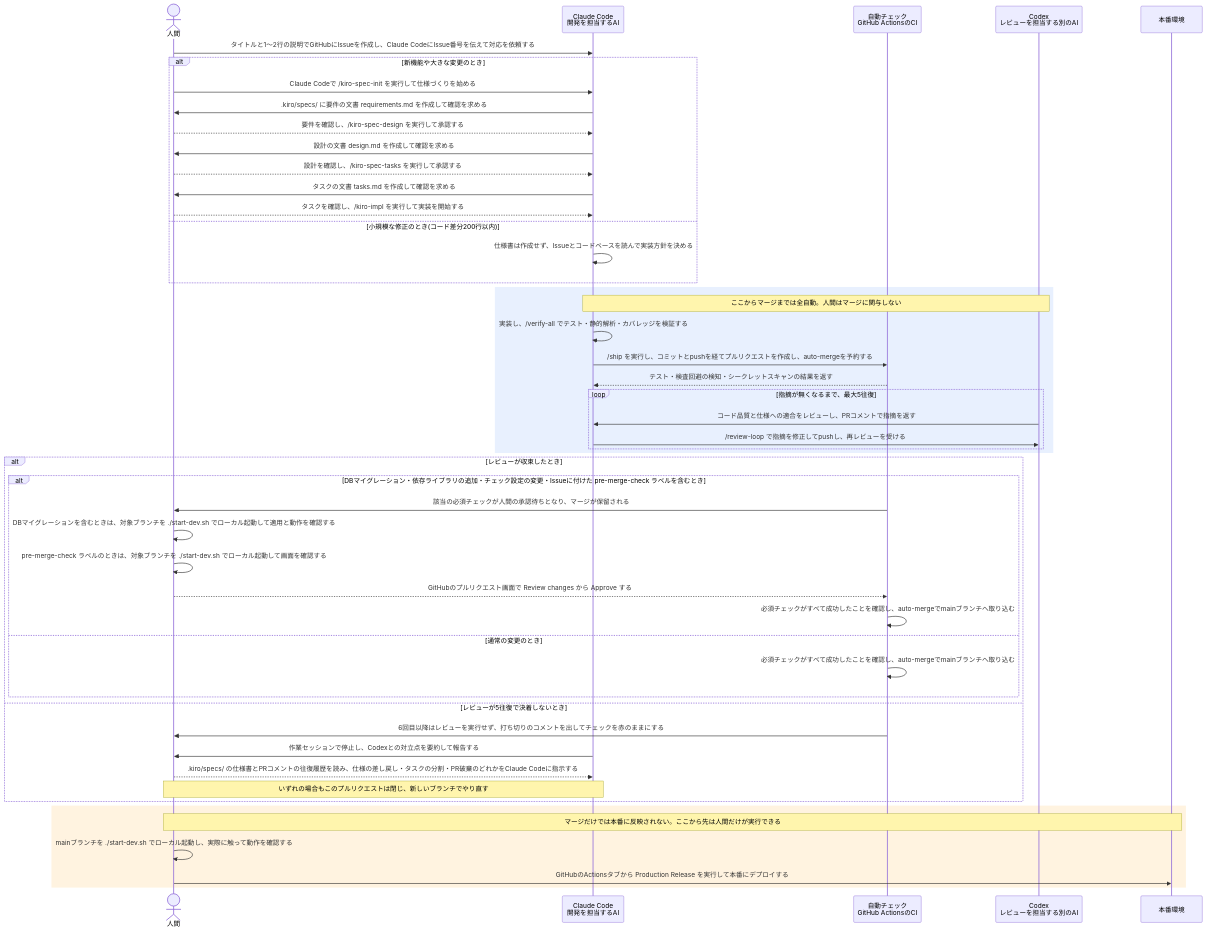
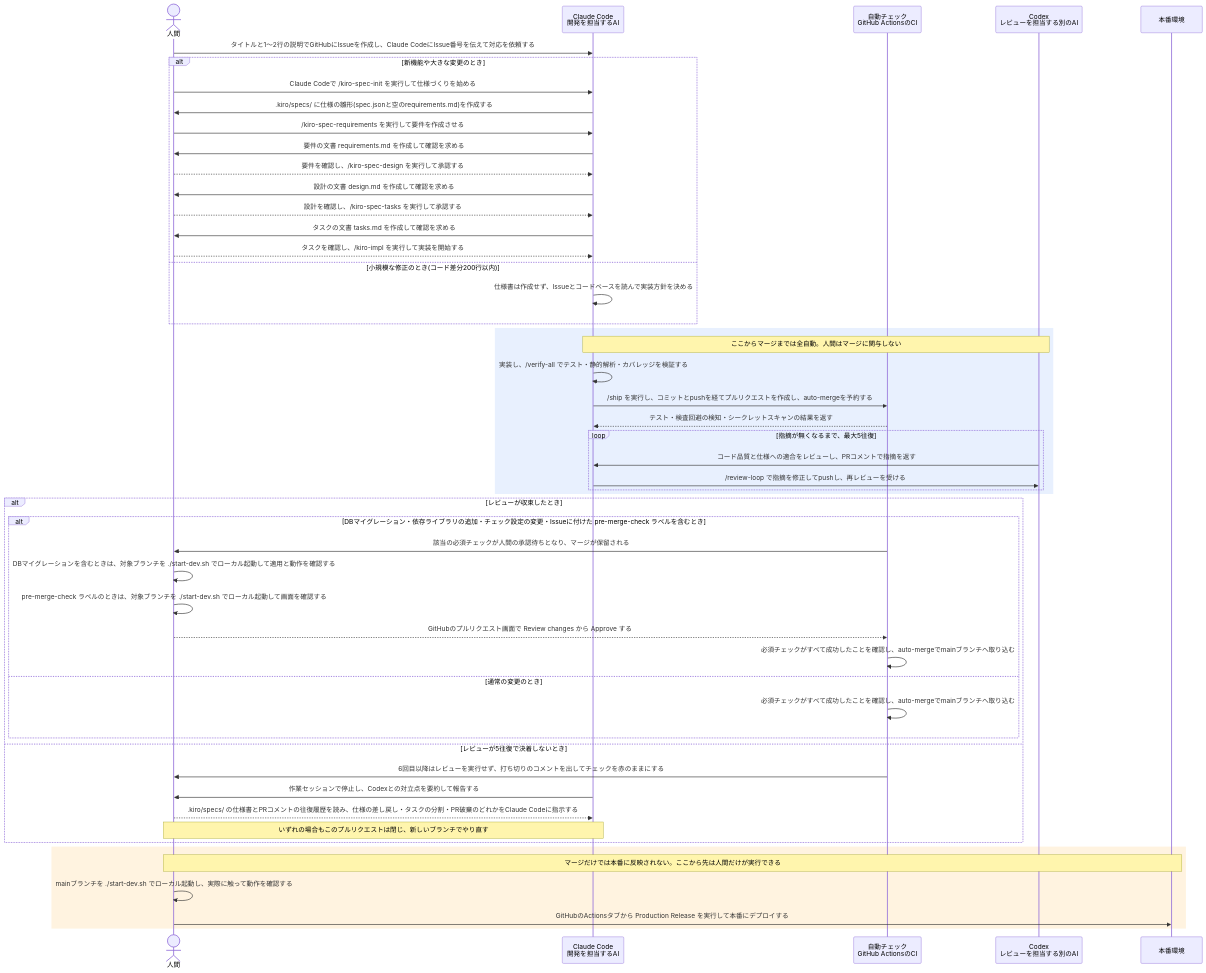
One commit to DogisRiki/KeirekiPro changed the second of 2 diagrams in README.md. Above: the diagram before and after it, drawn with Mermaid.

Commit message:
docs: READMEのシーケンス図に/kiro-spec-requirementsの工程を追加 (#188)
Changes:
spec駆動開発のシーケンス図で、/kiro-spec-init の直後に要件の文書が作成される
としていた箇所を、雛形の作成と /kiro-spec-requirements による要件作成の
2工程に分けた。

Reason:
実際の /kiro-spec-init は spec.json と空の requirements.md を作るだけで、
要件の生成は /kiro-spec-requirements の役割のため。図の手順のままでは
/kiro-spec-design が要件未承認で停止し、実行できない。

BREAKING CHANGE: N/A
Related: N/A
Refs: #187

````diff
--- a/README.md
+++ b/README.md
@@ -289,56 +289,58 @@
 ```mermaid
 sequenceDiagram
     actor Human as 人間
     participant Claude as Claude Code<br/>開発を担当するAI
     participant CI as 自動チェック<br/>GitHub ActionsのCI
     participant Codex as Codex<br/>レビューを担当する別のAI
     participant Prod as 本番環境
 
     Human->>Claude: タイトルと1〜2行の説明でGitHubにIssueを作成し、Claude CodeにIssue番号を伝えて対応を依頼する
 
     alt 新機能や大きな変更のとき
         Human->>Claude: Claude Codeで /kiro-spec-init を実行して仕様づくりを始める
-        Claude->>Human: .kiro/specs/ に要件の文書 requirements.md を作成して確認を求める
+        Claude->>Human: .kiro/specs/ に仕様の雛形(spec.jsonと空のrequirements.md)を作成する
+        Human->>Claude: /kiro-spec-requirements を実行して要件を作成させる
+        Claude->>Human: 要件の文書 requirements.md を作成して確認を求める
         Human-->>Claude: 要件を確認し、/kiro-spec-design を実行して承認する
         Claude->>Human: 設計の文書 design.md を作成して確認を求める
         Human-->>Claude: 設計を確認し、/kiro-spec-tasks を実行して承認する
         Claude->>Human: タスクの文書 tasks.md を作成して確認を求める
         Human-->>Claude: タスクを確認し、/kiro-impl を実行して実装を開始する
     else 小規模な修正のとき(コード差分200行以内)
         Claude->>Claude: 仕様書は作成せず、Issueとコードベースを読んで実装方針を決める
     end
 
     rect rgb(232, 240, 254)
         Note over Claude,Codex: ここからマージまでは全自動。人間はマージに関与しない
         Claude->>Claude: 実装し、/verify-all でテスト・静的解析・カバレッジを検証する
         Claude->>CI: /ship を実行し、コミットとpushを経てプルリクエストを作成し、auto-mergeを予約する
         CI-->>Claude: テスト・検査回避の検知・シークレットスキャンの結果を返す
         loop 指摘が無くなるまで、最大5往復
             Codex->>Claude: コード品質と仕様への適合をレビューし、PRコメントで指摘を返す
             Claude->>Codex: /review-loop で指摘を修正してpushし、再レビューを受ける
         end
     end
 
     alt レビューが収束したとき
         alt DBマイグレーション・依存ライブラリの追加・チェック設定の変更・Issueに付けた pre-merge-check ラベルを含むとき
             CI->>Human: 該当の必須チェックが人間の承認待ちとなり、マージが保留される
             Human->>Human: DBマイグレーションを含むときは、対象ブランチを ./start-dev.sh でローカル起動して適用と動作を確認する
             Human->>Human: pre-merge-check ラベルのときは、対象ブランチを ./start-dev.sh でローカル起動して画面を確認する
             Human-->>CI: GitHubのプルリクエスト画面で Review changes から Approve する
             CI->>CI: 必須チェックがすべて成功したことを確認し、auto-mergeでmainブランチへ取り込む
         else 通常の変更のとき
             CI->>CI: 必須チェックがすべて成功したことを確認し、auto-mergeでmainブランチへ取り込む
         end
     else レビューが5往復で決着しないとき
         CI->>Human: 6回目以降はレビューを実行せず、打ち切りのコメントを出してチェックを赤のままにする
         Claude->>Human: 作業セッションで停止し、Codexとの対立点を要約して報告する
         Human-->>Claude: .kiro/specs/ の仕様書とPRコメントの往復履歴を読み、仕様の差し戻し・タスクの分割・PR破棄のどれかをClaude Codeに指示する
         Note over Claude,Human: いずれの場合もこのプルリクエストは閉じ、新しいブランチでやり直す
     end
 
     rect rgb(255, 243, 224)
         Note over Human,Prod: マージだけでは本番に反映されない。ここから先は人間だけが実行できる
         Human->>Human: mainブランチを ./start-dev.sh でローカル起動し、実際に触って動作を確認する
         Human->>Prod: GitHubのActionsタブから Production Release を実行して本番にデプロイする
     end
 ```
````
